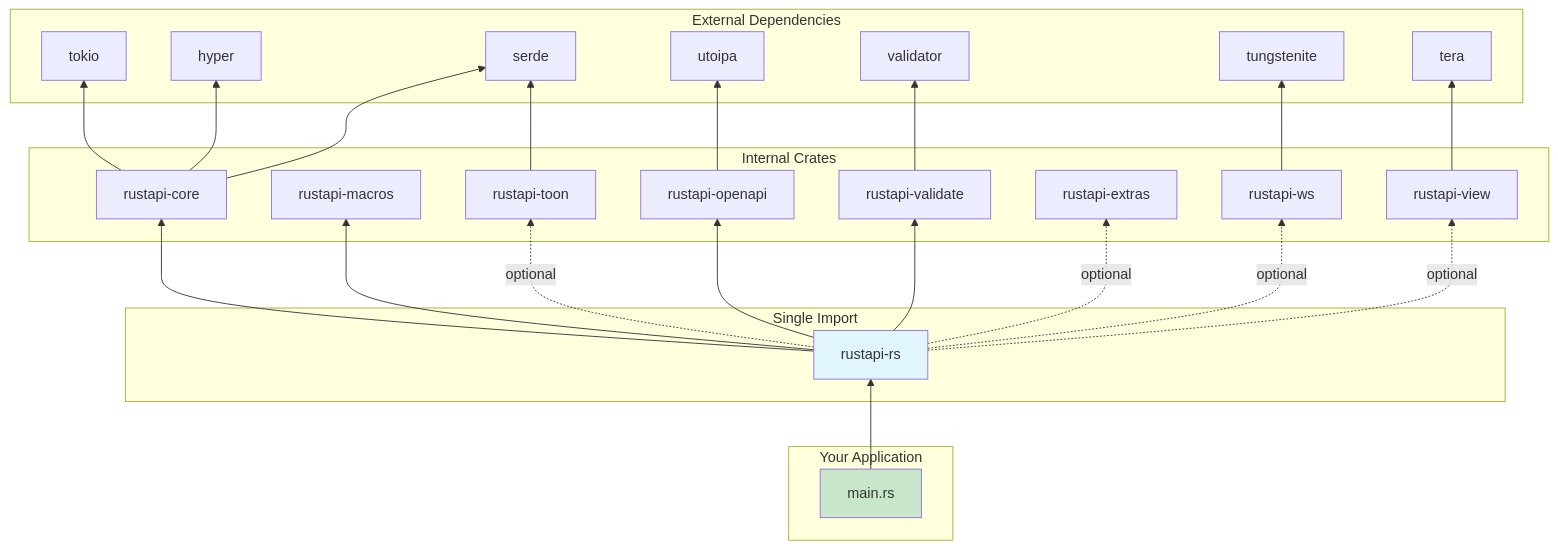
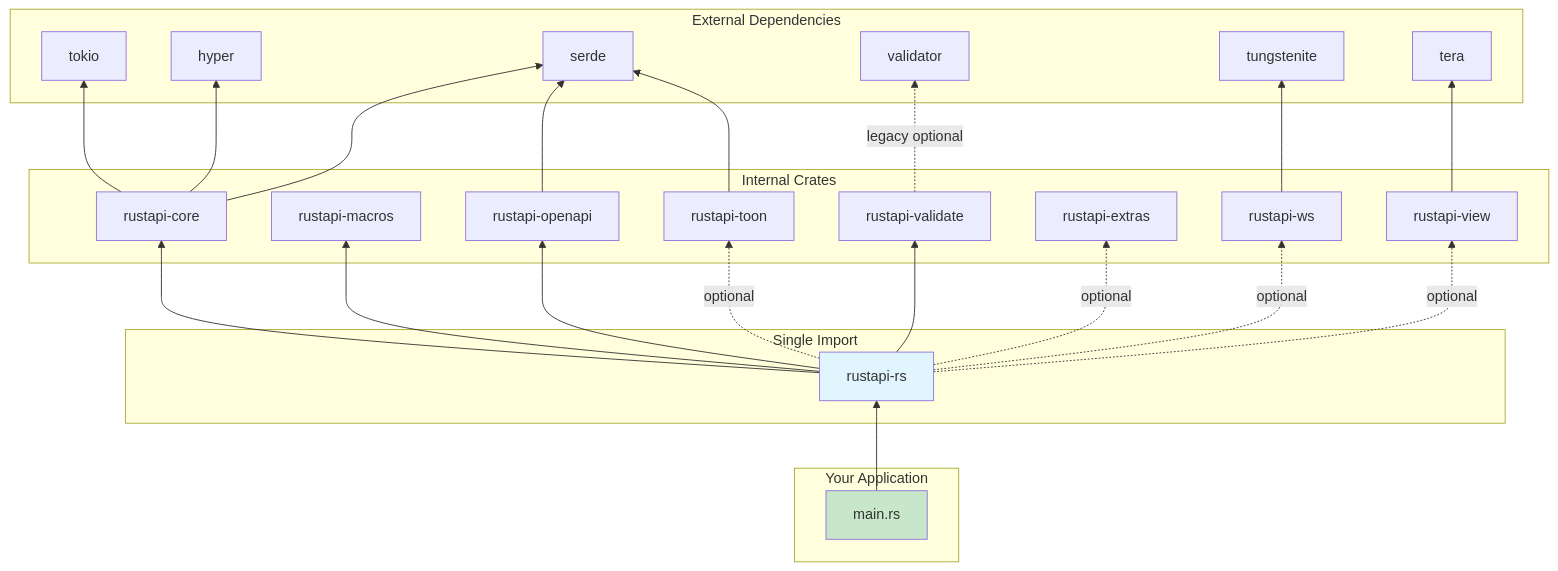
The third of 3 diagrams in docs/cookbook/src/architecture/system_overview.md (Tuntii/RustAPI), drawn with Mermaid before and after one commit. The commit also changed 21 other files, not shown here.

Commit message:
chore(quick-wins): reduce dependency surface and align native OpenAPI docs

````diff
--- a/docs/cookbook/src/architecture/system_overview.md
+++ b/docs/cookbook/src/architecture/system_overview.md
@@ -99,53 +99,52 @@
 ```mermaid
 graph BT
     subgraph User["Your Application"]
         App[main.rs]
     end
 
     subgraph Facade["Single Import"]
         RS[rustapi-rs]
     end
 
     subgraph Internal["Internal Crates"]
         Core[rustapi-core]
         Macros[rustapi-macros]
         OpenAPI[rustapi-openapi]
         Validate[rustapi-validate]
         Toon[rustapi-toon]
         Extras[rustapi-extras]
         WS[rustapi-ws]
         View[rustapi-view]
     end
 
     subgraph External["External Dependencies"]
         Tokio[tokio]
         Hyper[hyper]
         Serde[serde]
-        Utoipa[utoipa]
         Validator[validator]
         Tungstenite[tungstenite]
         Tera[tera]
     end
 
     App --> RS
     RS --> Core
     RS --> Macros
     RS --> OpenAPI
     RS --> Validate
     RS -.->|optional| Toon
     RS -.->|optional| Extras
     RS -.->|optional| WS
     RS -.->|optional| View
     
     Core --> Tokio
     Core --> Hyper
     Core --> Serde
-    OpenAPI --> Utoipa
-    Validate --> Validator
+    OpenAPI --> Serde
+    Validate -.->|legacy optional| Validator
     Toon --> Serde
     WS --> Tungstenite
     View --> Tera
 
     style RS fill:#e1f5fe
     style App fill:#c8e6c9
 ```
````
